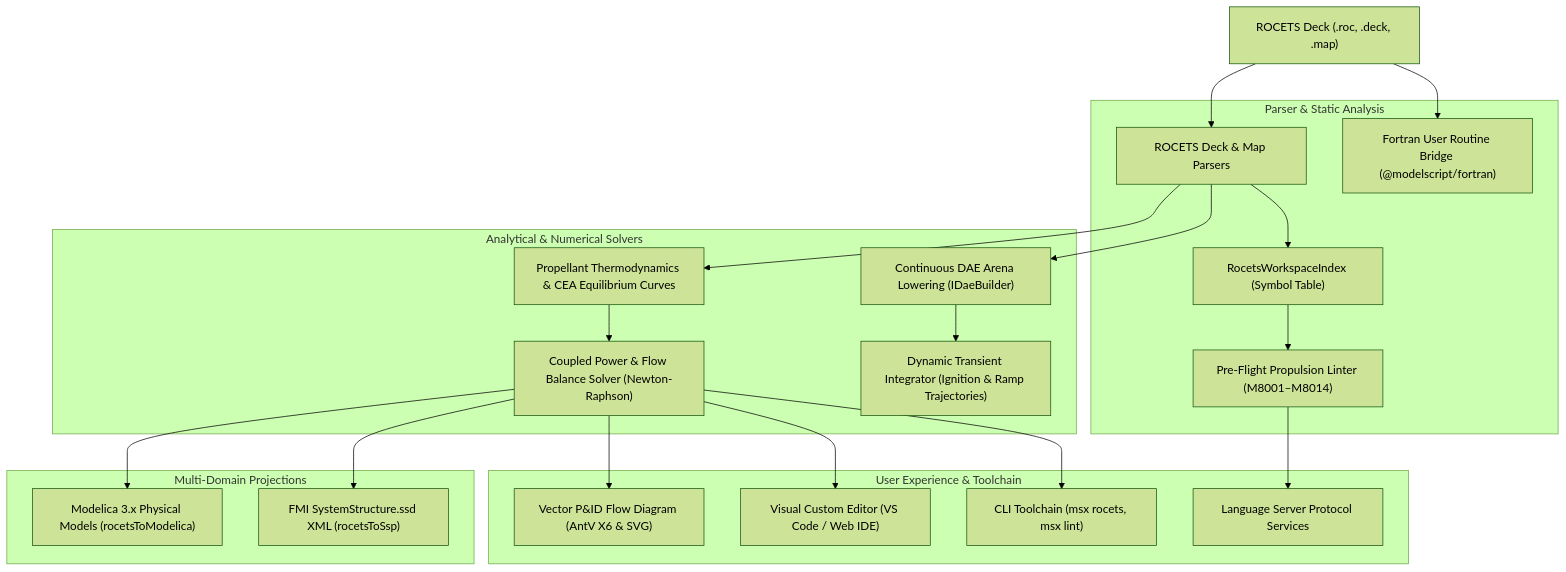
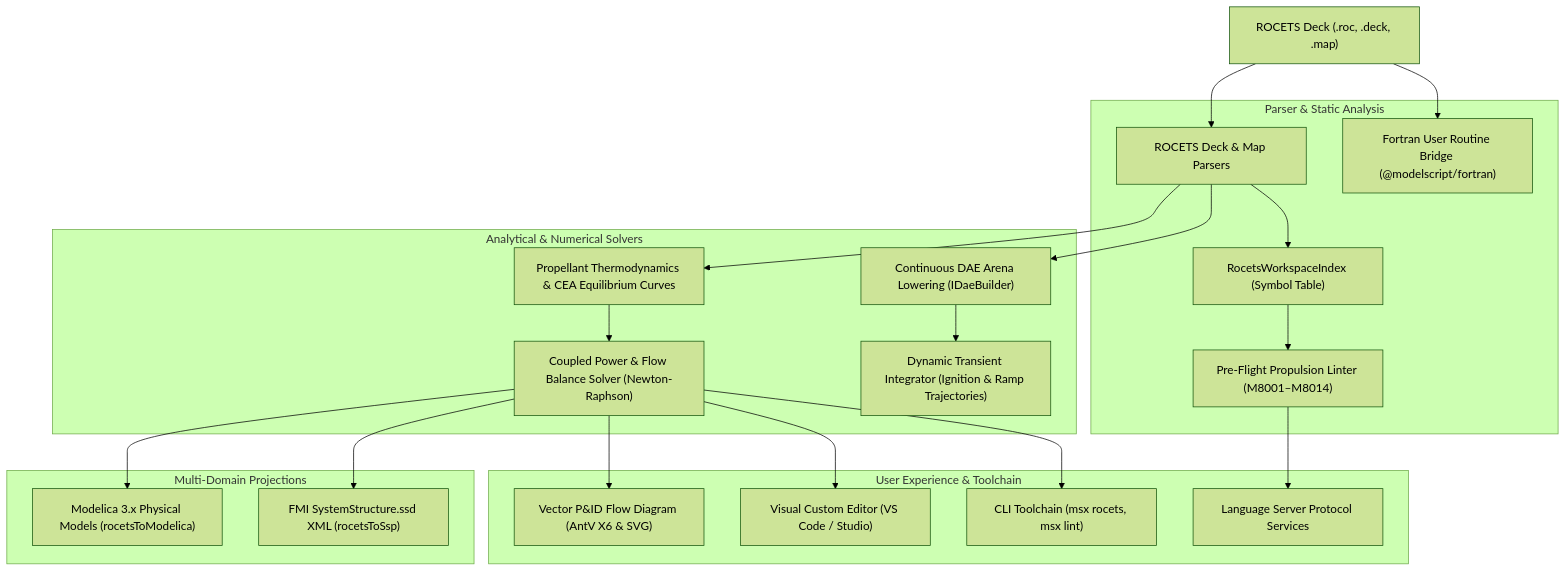
One commit to modelscript/modelscript changed the diagram in apps/docs/docs/languages/rocets.md. Above: the diagram before and after it, drawn with Mermaid (forest theme). The commit also changed other lines of this file and 185 other files, not shown here.

````diff
--- a/apps/docs/docs/languages/rocets.md
+++ b/apps/docs/docs/languages/rocets.md
@@ -24,42 +24,42 @@
 ```mermaid
 flowchart TD
     SRC["ROCETS Deck (.roc, .deck, .map)"]
 
     subgraph FrontEnd["Parser & Static Analysis"]
         PARSER["ROCETS Deck & Map Parsers"]
         FORTRAN["Fortran User Routine Bridge (@modelscript/fortran)"]
         INDEX["RocetsWorkspaceIndex (Symbol Table)"]
         LINT["Pre-Flight Propulsion Linter (M8001–M8014)"]
     end
 
     subgraph Core["Analytical & Numerical Solvers"]
         THERMO["Propellant Thermodynamics & CEA Equilibrium Curves"]
         DAE["Continuous DAE Arena Lowering (IDaeBuilder)"]
         BAL["Coupled Power & Flow Balance Solver (Newton-Raphson)"]
         TRANS["Dynamic Transient Integrator (Ignition & Ramp Trajectories)"]
     end
 
     subgraph Projections["Multi-Domain Projections"]
         MO["Modelica 3.x Physical Models (rocetsToModelica)"]
         SSP["FMI SystemStructure.ssd XML (rocetsToSsp)"]
     end
 
     subgraph Presentation["User Experience & Toolchain"]
         PID["Vector P&ID Flow Diagram (AntV X6 & SVG)"]
-        IDE["Visual Custom Editor (VS Code / Web IDE)"]
+        IDE["Visual Custom Editor (VS Code / Studio)"]
         CLI["CLI Toolchain (msx rocets, msx lint)"]
         LSP["Language Server Protocol Services"]
     end
 
     SRC --> PARSER
     SRC --> FORTRAN
     PARSER --> INDEX --> LINT
     PARSER --> THERMO --> BAL
     PARSER --> DAE --> TRANS
     BAL --> PID
     BAL --> MO
     BAL --> SSP
     BAL --> IDE
     BAL --> CLI
     LINT --> LSP
 ```
````
